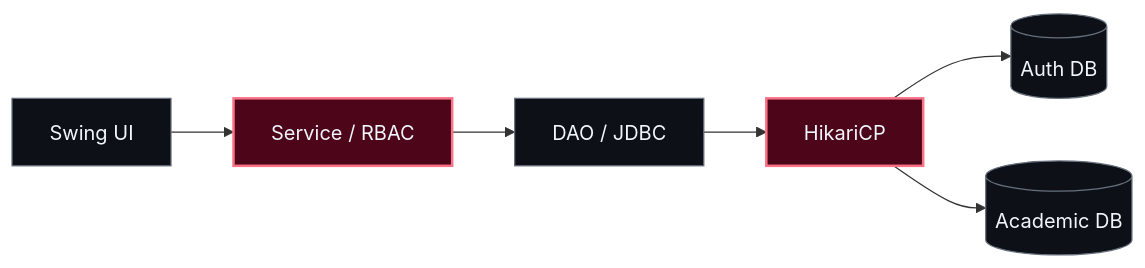
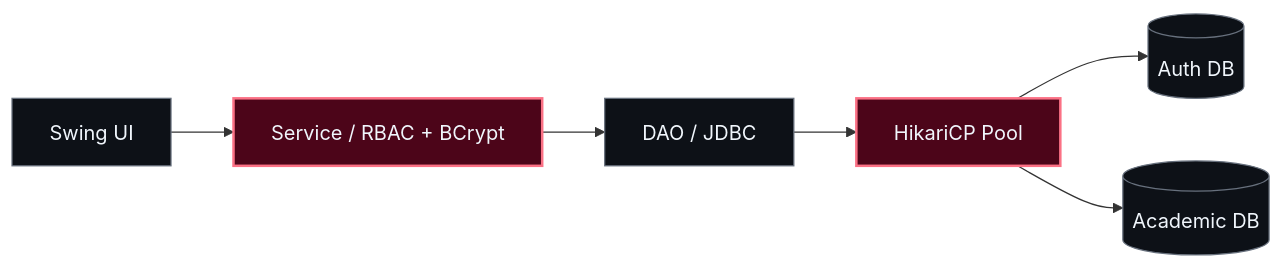
One commit to harsh24239/harsh24239 changed the second of 2 diagrams in README.md. Above: the diagram before and after it, drawn with Mermaid. The commit also changed other lines of this file, not shown here.

````diff
--- a/README.md
+++ b/README.md
@@ -214,12 +206,12 @@
 ```mermaid
 flowchart LR
-    UI["Swing UI"] --> SERVICE["Service / RBAC"]
+    UI["Swing UI"] --> SERVICE["Service / RBAC + BCrypt"]
     SERVICE --> DAO["DAO / JDBC"]
-    DAO --> POOL["HikariCP"]
+    DAO --> POOL["HikariCP Pool"]
     POOL --> AUTH[("Auth DB")]
     POOL --> ERP[("Academic DB")]
     classDef ruby fill:#4C0519,stroke:#FB7185,color:#F0F6FC,stroke-width:2px;
     classDef graphite fill:#0D1117,stroke:#67707D,color:#F0F6FC;
     class SERVICE,POOL ruby;
     class UI,DAO,AUTH,ERP graphite;
 ```
````
